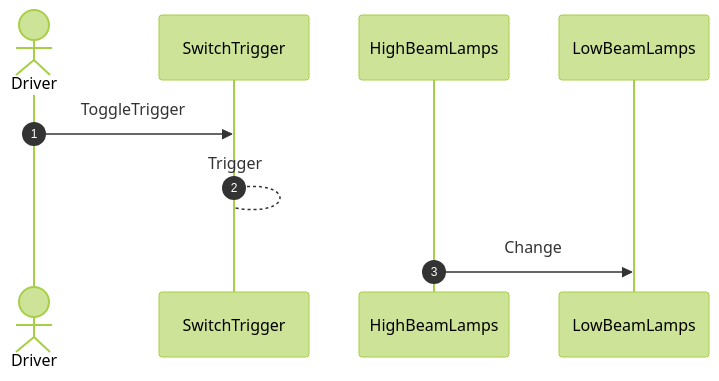
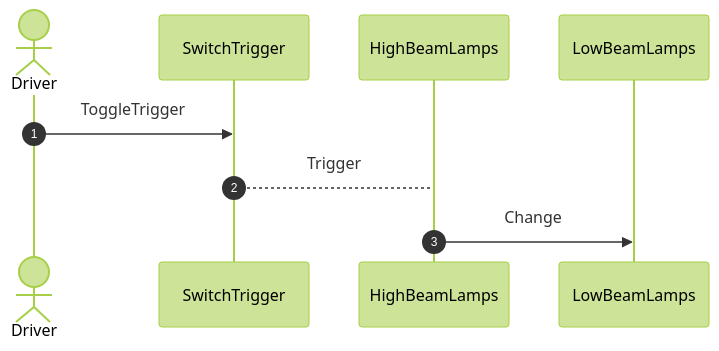
The second of 3 diagrams in VehicleSystemsReports/VehicleLightingSystem/VehicleLightingSystem.md (kishorekanala/VehicleSim), drawn with Mermaid (forest theme) before and after one commit.

Commit message:
Apr 8, 2023, 9:48 AM

````diff
--- a/VehicleSystemsReports/VehicleLightingSystem/VehicleLightingSystem.md
+++ b/VehicleSystemsReports/VehicleLightingSystem/VehicleLightingSystem.md
@@ -103,11 +103,11 @@
 ```mermaid
 sequenceDiagram
 autonumber
 actor Driver
 participant SwitchTrigger
 participant HighBeamLamps
 participant LowBeamLamps
 Driver->>SwitchTrigger: ToggleTrigger
-SwitchTrigger-->SwitchTrigger: Trigger
+SwitchTrigger-->HighBeamLamps: Trigger
 HighBeamLamps->>LowBeamLamps: Change
 ```
````
